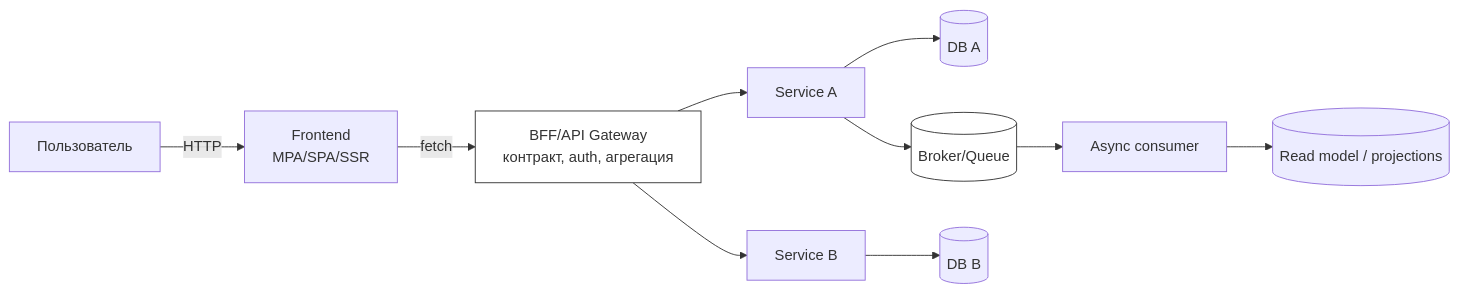
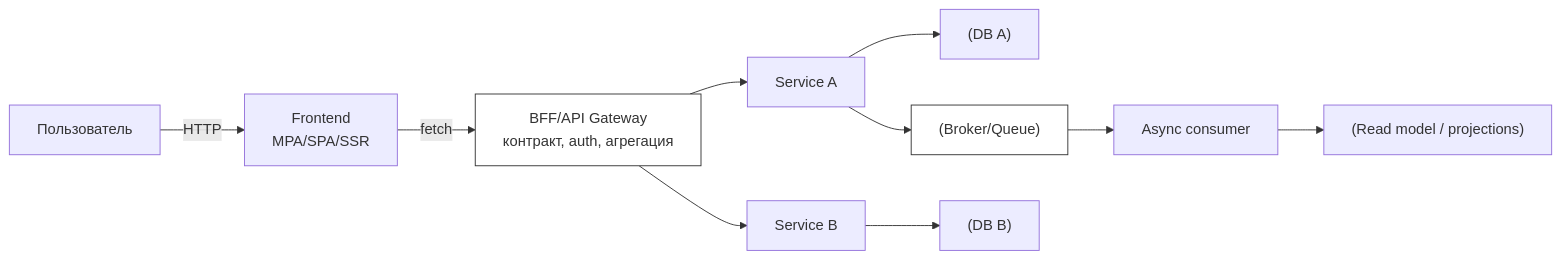
The first of 4 diagrams in directions/architecture/pact/35_expertiza_kogda_chto_vybirat_chto_izuchat_dalshe/01_35_1_svodka_kogda_kakuyu_arhitekturu.md (DDoSKudya/ai-study-atlas), drawn with Mermaid before and after one commit. The commit also changed other lines of this file and 322 other files, not shown here.

Commit message:
fix(docs): make mermaid diagrams GitHub-compatible across directions content

````diff
--- a/directions/architecture/pact/35_expertiza_kogda_chto_vybirat_chto_izuchat_dalshe/01_35_1_svodka_kogda_kakuyu_arhitekturu.md
+++ b/directions/architecture/pact/35_expertiza_kogda_chto_vybirat_chto_izuchat_dalshe/01_35_1_svodka_kogda_kakuyu_arhitekturu.md
@@ -142,15 +142,15 @@
 ```mermaid
 flowchart LR
-  U[Пользователь] -->|HTTP| FE[Frontend<br/>MPA/SPA/SSR]
-  FE -->|fetch| BFF[BFF/API Gateway<br/>контракт, auth, агрегация]
-  BFF --> S1[Service A]
-  BFF --> S2[Service B]
-  S1 --> DB1[(DB A)]
-  S2 --> DB2[(DB B)]
-  S1 --> MQ[(Broker/Queue)]
-  MQ --> S3[Async consumer]
-  S3 --> DB3[(Read model / projections)]
+  U["Пользователь"] -->|HTTP| FE["Frontend<br/>MPA/SPA/SSR"]
+  FE -->|fetch| BFF["BFF/API Gateway<br/>контракт, auth, агрегация"]
+  BFF --> S1["Service A"]
+  BFF --> S2["Service B"]
+  S1 --> DB1["(DB A)"]
+  S2 --> DB2["(DB B)"]
+  S1 --> MQ["(Broker/Queue)"]
+  MQ --> S3["Async consumer"]
+  S3 --> DB3["(Read model / projections)"]
 
   classDef border fill:#fff,stroke:#333,stroke-width:1px;
   class BFF,MQ border;
 ```
````
